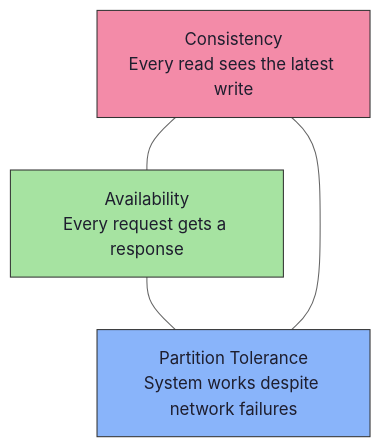
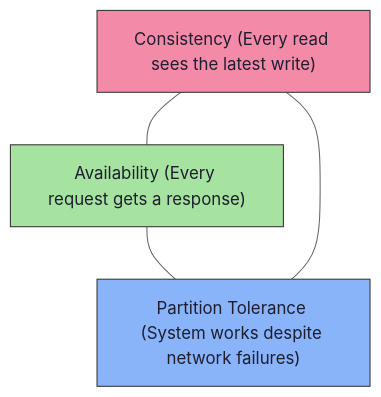
One commit to Preeti0705/Collab-Whiteboard changed the first of 7 diagrams in docs/lessons/lesson-01-intro-to-crdts.md. Above: the diagram before and after it, drawn with Mermaid (neutral theme). The commit also changed other lines of this file and 2 other files, not shown here.

Commit message:
Fix mermaid diagrams for GitHub rendering

````diff
--- a/docs/lessons/lesson-01-intro-to-crdts.md
+++ b/docs/lessons/lesson-01-intro-to-crdts.md
@@ -73,10 +73,10 @@
 ```mermaid
 graph TD
-    C[Consistency<br/>Every read sees the latest write] --- A[Availability<br/>Every request gets a response]
-    A --- P[Partition Tolerance<br/>System works despite network failures]
+    C["Consistency (Every read sees the latest write)"] --- A["Availability (Every request gets a response)"]
+    A --- P["Partition Tolerance (System works despite network failures)"]
     P --- C
 
     style C fill:#f38ba8,stroke:#333,color:#1e1e2e
     style A fill:#a6e3a1,stroke:#333,color:#1e1e2e
     style P fill:#89b4fa,stroke:#333,color:#1e1e2e
 ```
````
